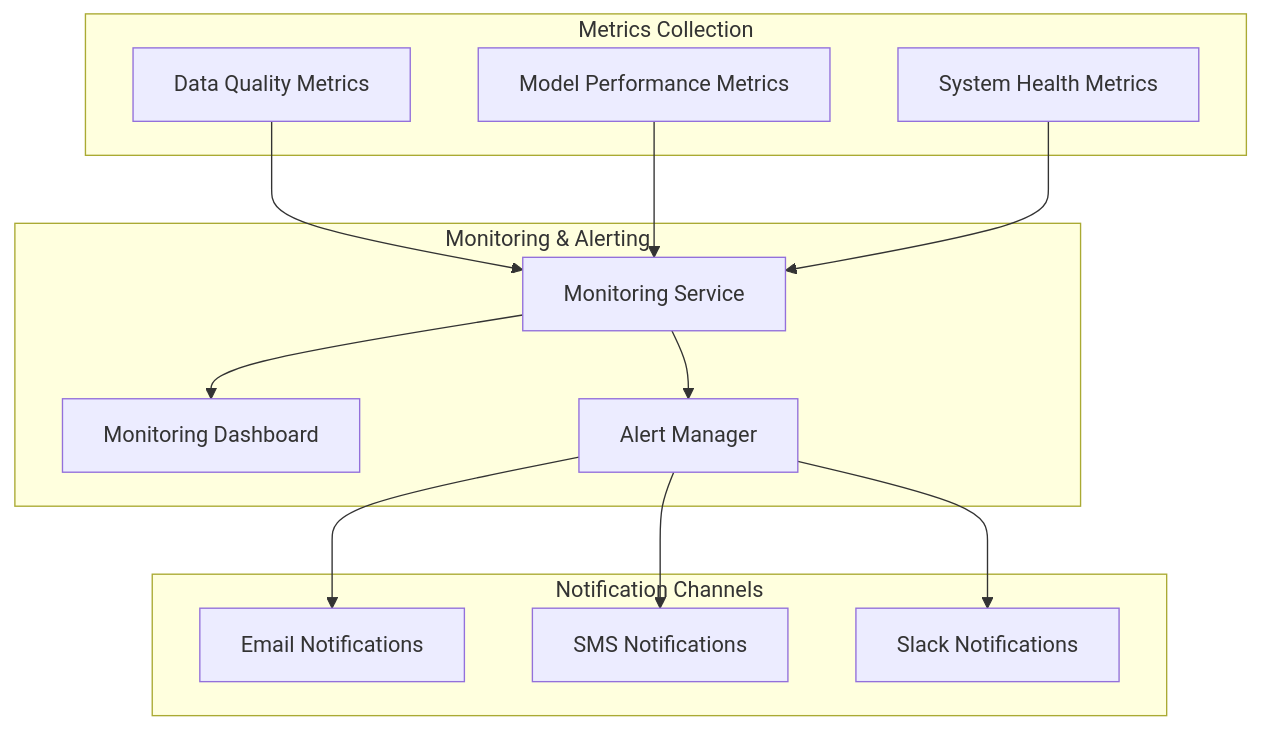
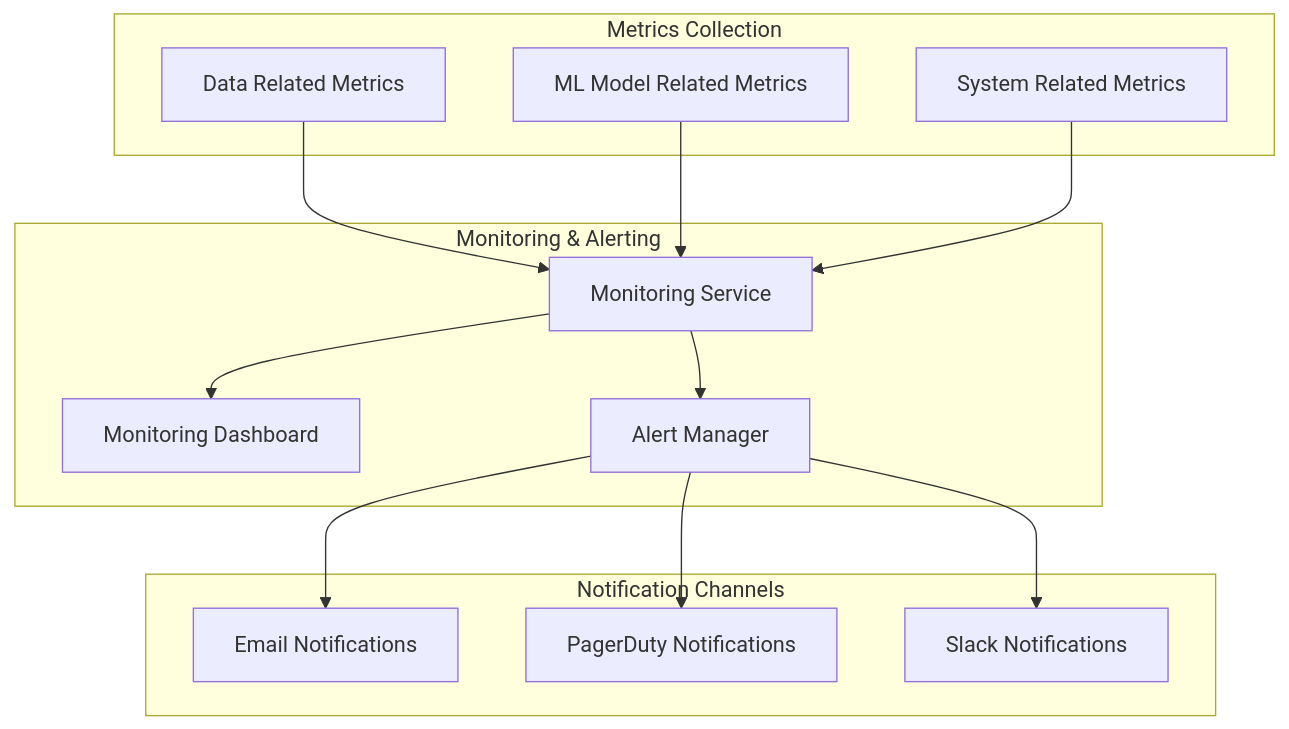
Before and after one commit to NitishShandilya/SalesPrediction: the ninth of 9 diagrams in README.md, drawn with Mermaid. The commit also changed other lines of this file, not shown here.

````diff
--- a/README.md
+++ b/README.md
@@ -782,31 +782,31 @@
 ```mermaid
 flowchart TD
-    DQ[Data Quality Metrics] --> MS[Monitoring Service]
-    MP[Model Performance Metrics] --> MS
-    SH[System Health Metrics] --> MS
+    DQ[Data Related Metrics] --> MS[Monitoring Service]
+    MP[ML Model Related Metrics] --> MS
+    SH[System Related Metrics] --> MS
     
     MS --> MD[Monitoring Dashboard]
     MS --> AM[Alert Manager]
     
     AM --> EN[Email Notifications]
-    AM --> SN[SMS Notifications]
+    AM --> PD[PagerDuty Notifications]
     AM --> SLN[Slack Notifications]
     
     subgraph "Metrics Collection"
         DQ
         MP
         SH
     end
     
     subgraph "Monitoring & Alerting"
         MS
         MD
         AM
     end
     
     subgraph "Notification Channels"
         EN
-        SN
+        PD
         SLN
     end
 ```
````
